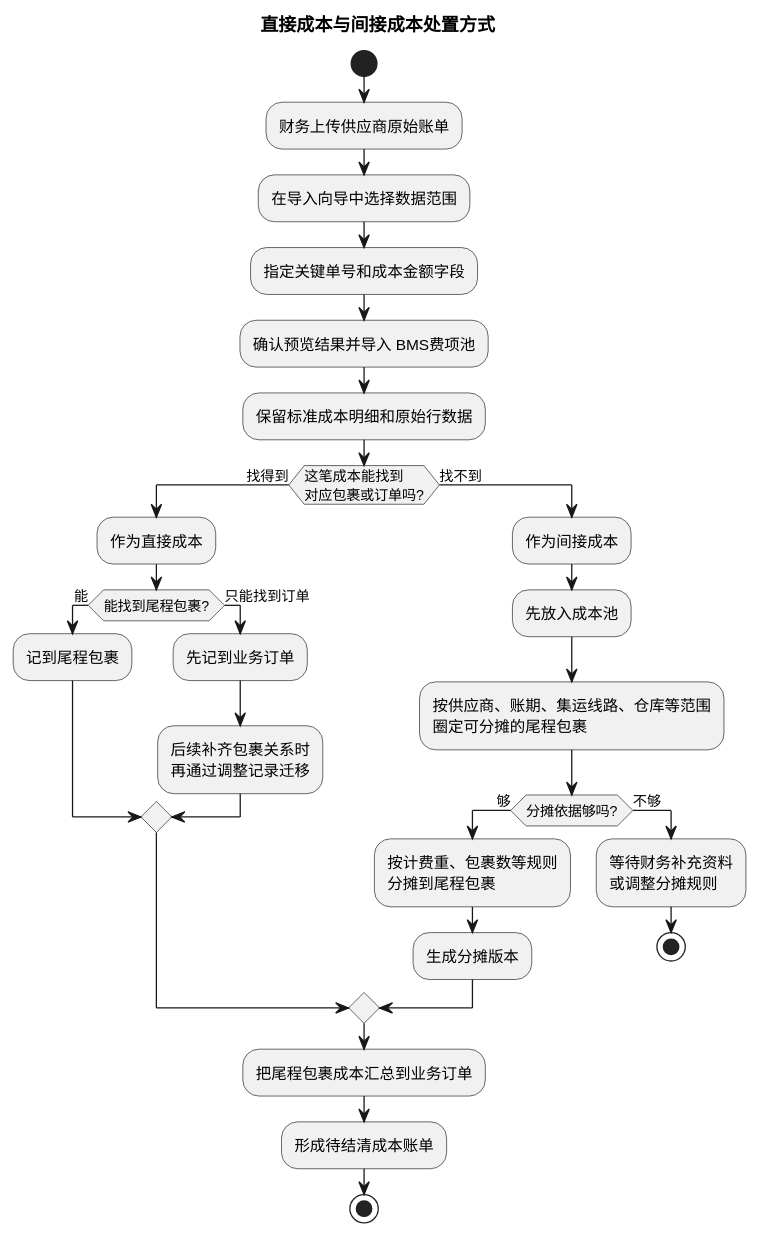
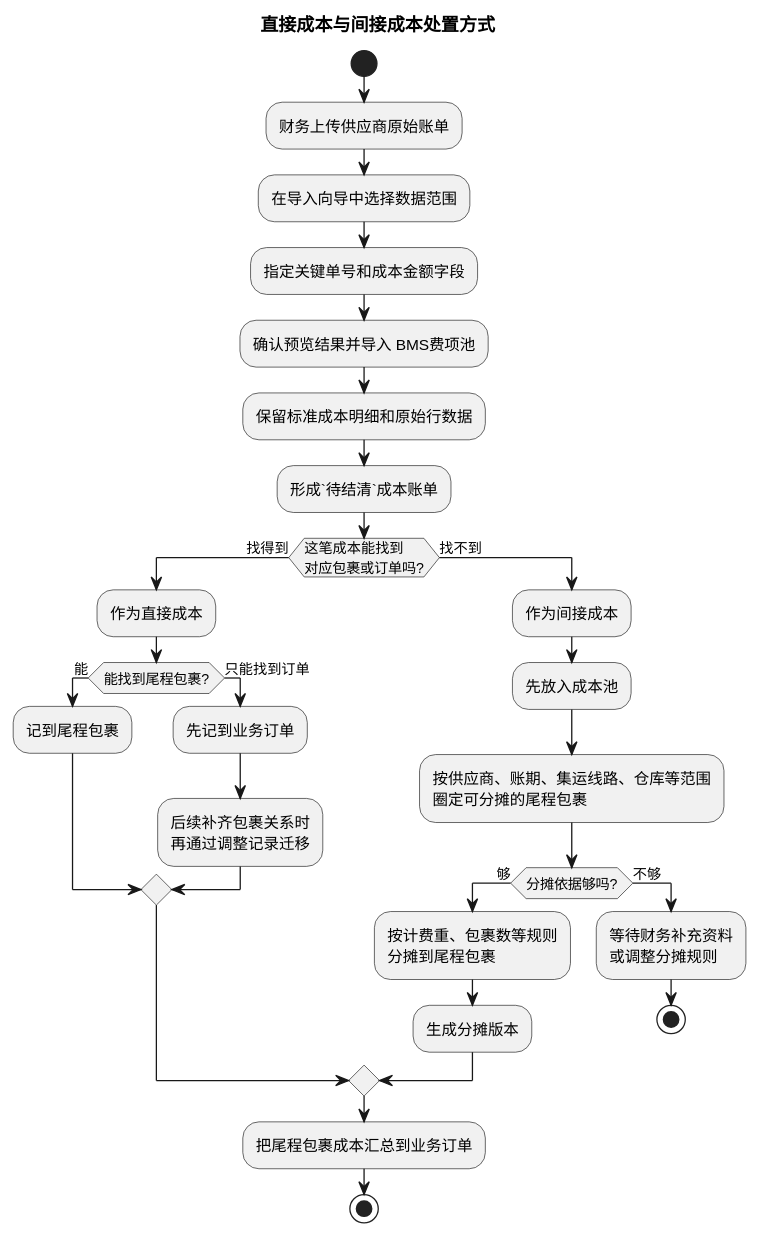
One commit to jack888332/projects-doc changed diagram 13 of 18 in product-caliber/bms/prd/财务系统.PRD.md. Above: the diagram before and after it, drawn with PlantUML. The commit also changed other lines of this file and 1 other file, not shown here.

````diff
--- a/product-caliber/bms/prd/财务系统.PRD.md
+++ b/product-caliber/bms/prd/财务系统.PRD.md
@@ -3079,37 +3085,37 @@
 ```plantuml
 @startuml
 title 直接成本与间接成本处置方式
 
 start
 :财务上传供应商原始账单;
 :在导入向导中选择数据范围;
 :指定关键单号和成本金额字段;
 :确认预览结果并导入 BMS费项池;
 :保留标准成本明细和原始行数据;
+:形成`待结清`成本账单;
 
 if (这笔成本能找到\n对应包裹或订单吗?) then (找得到)
   :作为直接成本;
   if (能找到尾程包裹?) then (能)
     :记到尾程包裹;
   else (只能找到订单)
     :先记到业务订单;
     :后续补齐包裹关系时\n再通过调整记录迁移;
   endif
 else (找不到)
   :作为间接成本;
   :先放入成本池;
   :按供应商、账期、集运线路、仓库等范围\n圈定可分摊的尾程包裹;
   if (分摊依据够吗?) then (够)
     :按计费重、包裹数等规则\n分摊到尾程包裹;
     :生成分摊版本;
   else (不够)
     :等待财务补充资料\n或调整分摊规则;
     stop
   endif
 endif
 
 :把尾程包裹成本汇总到业务订单;
-:形成待结清成本账单;
 stop
 @enduml
 ```
````
